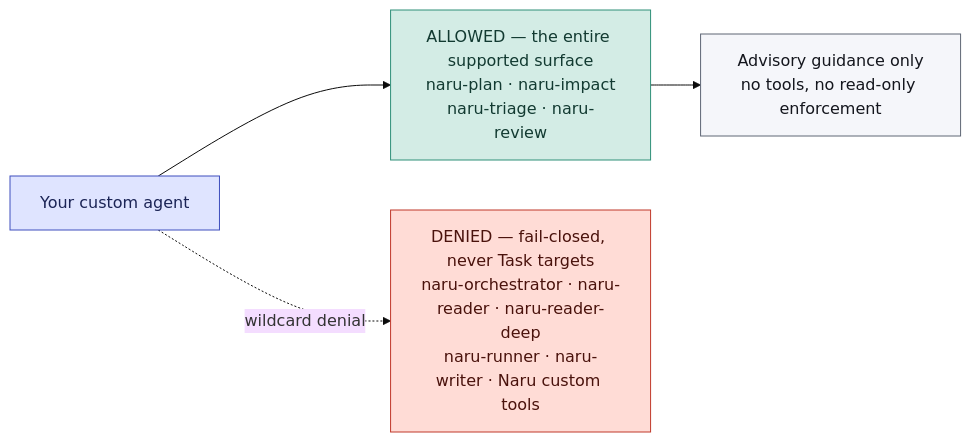
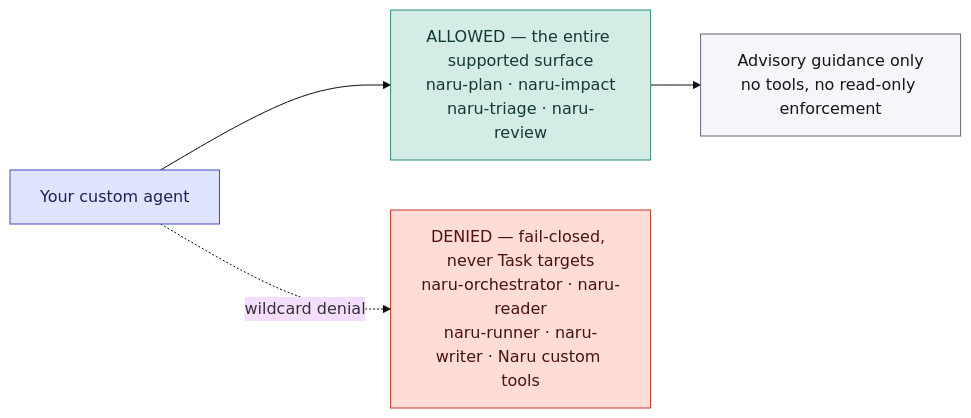
One commit to sean35mm/naru-opencode changed the diagram in docs/agent-integration.md. Above: the diagram before and after it, drawn with Mermaid (base theme). The commit also changed other lines of this file and 23 other files, not shown here.

````diff
--- a/docs/agent-integration.md
+++ b/docs/agent-integration.md
@@ -43,15 +41,15 @@
 ```mermaid
 flowchart LR
   CA["Your custom agent"]:::entry
   OK["ALLOWED — the entire supported surface<br/>naru-plan · naru-impact<br/>naru-triage · naru-review"]:::read
-  NO["DENIED — fail-closed, never Task targets<br/>naru-orchestrator · naru-reader · naru-reader-deep<br/>naru-runner · naru-writer · Naru custom tools"]:::danger
+  NO["DENIED — fail-closed, never Task targets<br/>naru-orchestrator · naru-reader<br/>naru-runner · naru-writer · Naru custom tools"]:::danger
   G["Advisory guidance only<br/>no tools, no read-only enforcement"]:::artifact
 
   CA --> OK --> G
   CA -.->|"wildcard denial"| NO
 
   classDef entry fill:#dfe4ff,stroke:#3f4fbe,color:#1b2456
   classDef read fill:#d3ece5,stroke:#2f8f78,color:#123a31
   classDef danger fill:#ffdcd6,stroke:#c0392b,color:#4a120c
   classDef artifact fill:#f5f6fa,stroke:#5f6675,color:#14161d
 ```
````
